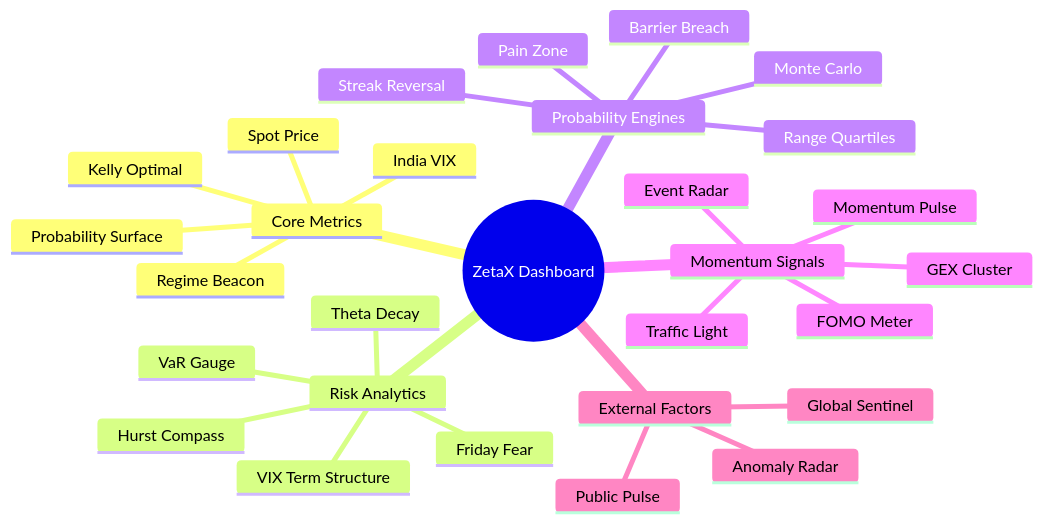
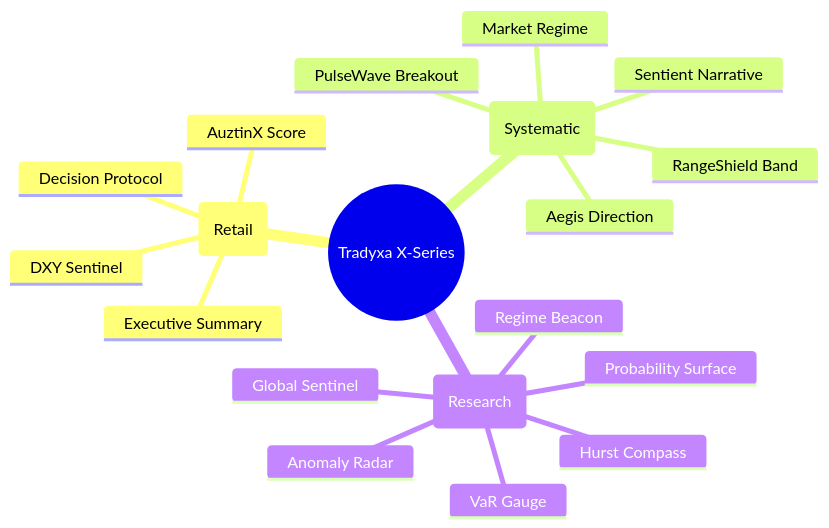
Before and after one commit to pravindev666/Tradyx-Aleph: the fourth of 4 diagrams in README.md, drawn with Mermaid. The commit also changed other lines of this file, not shown here.

First line of the commit message:
Revise README for Tradyxa X-Series and Sentient v2.0

````diff
--- a/README.md
+++ b/README.md
@@ -200,32 +93,22 @@
 ```mermaid
 mindmap
-  root((ZetaX Dashboard))
-    Core Metrics
-      Spot Price
-      India VIX
+  root((Tradyxa X-Series))
+    DeltaX (Retail)
+      AuztinX Score
+      DXY Sentinel
+      Decision Protocol
+      Executive Summary
+    BetaX (Systematic)
+      Aegis Direction
+      RangeShield Band
+      PulseWave Breakout
+      Sentient Narrative
+      Market Regime
+    ZetaX (Research)
       Probability Surface
       Regime Beacon
-      Kelly Optimal
-    Risk Analytics
       VaR Gauge
       Hurst Compass
-      VIX Term Structure
-      Friday Fear
-      Theta Decay
-    Probability Engines
-      Monte Carlo
-      Barrier Breach
-      Streak Reversal
-      Pain Zone
-      Range Quartiles
-    Momentum Signals
-      Momentum Pulse
-      GEX Cluster
-      Event Radar
-      Traffic Light
-      FOMO Meter
-    External Factors
       Global Sentinel
-      Public Pulse
       Anomaly Radar
 ```
````
